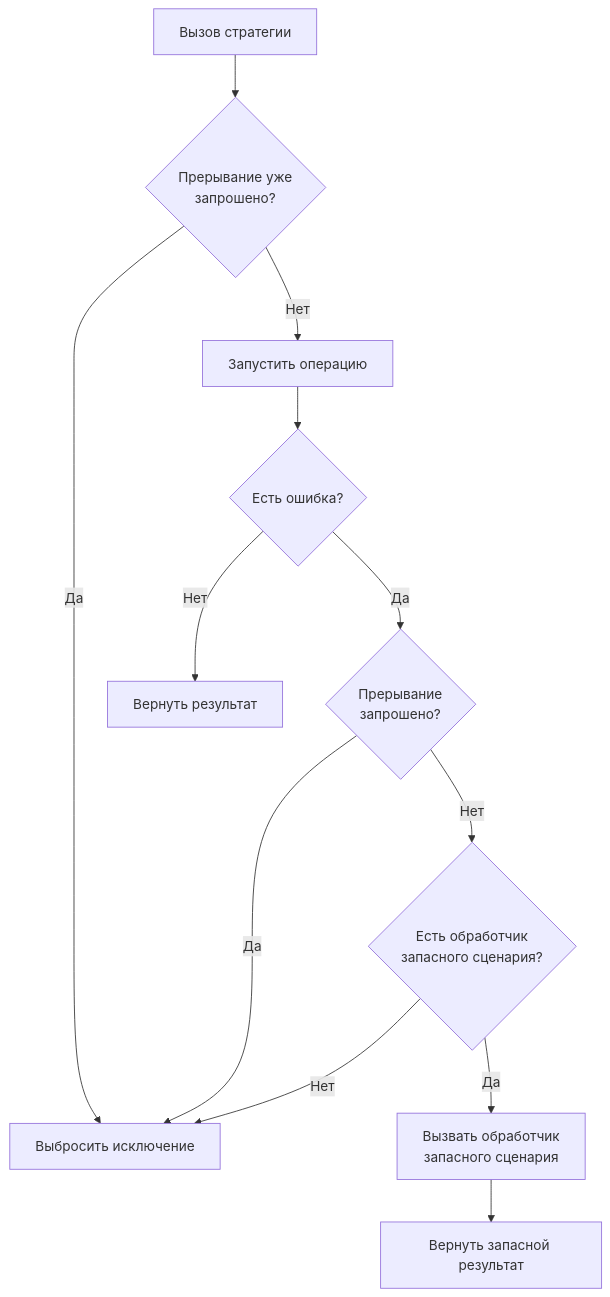
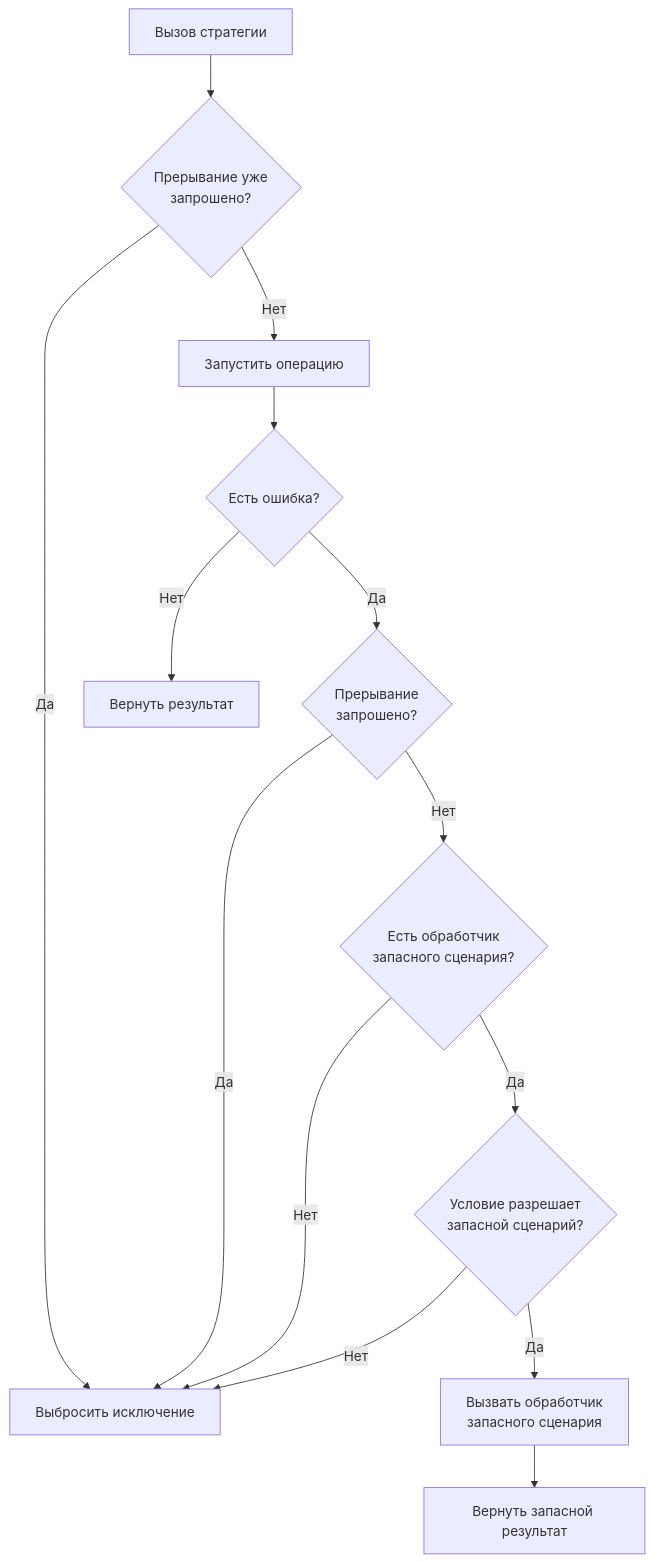
One commit to Stivo182/oscript-resilience changed the diagram in docs/СтратегияЗапасногоСценария.md. Above: the diagram before and after it, drawn with Mermaid. The commit also changed other lines of this file and 4 other files, not shown here.

First line of the commit message:
feat: добавить условие запасного сценария (#12)

````diff
--- a/docs/СтратегияЗапасногоСценария.md
+++ b/docs/СтратегияЗапасногоСценария.md
@@ -53,14 +56,16 @@
 ```mermaid
 flowchart TD
     A[Вызов стратегии] --> B{Прерывание уже<br/>запрошено?}
     B -- Да --> C[Выбросить исключение]
     B -- Нет --> D[Запустить операцию]
     D --> E{Есть ошибка?}
     E -- Нет --> F[Вернуть результат]
     E -- Да --> G{Прерывание<br/>запрошено?}
     G -- Да --> C
     G -- Нет --> H{Есть обработчик<br/>запасного сценария?}
     H -- Нет --> C
-    H -- Да --> I[Вызвать обработчик<br/>запасного сценария]
-    I --> J[Вернуть запасной результат]
+    H -- Да --> I{Условие разрешает<br/>запасной сценарий?}
+    I -- Нет --> C
+    I -- Да --> J[Вызвать обработчик<br/>запасного сценария]
+    J --> K[Вернуть запасной результат]
 ```
````
